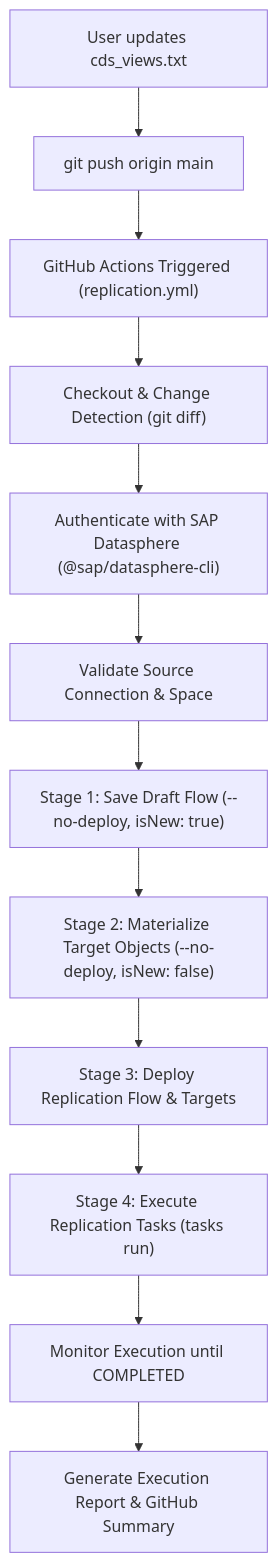
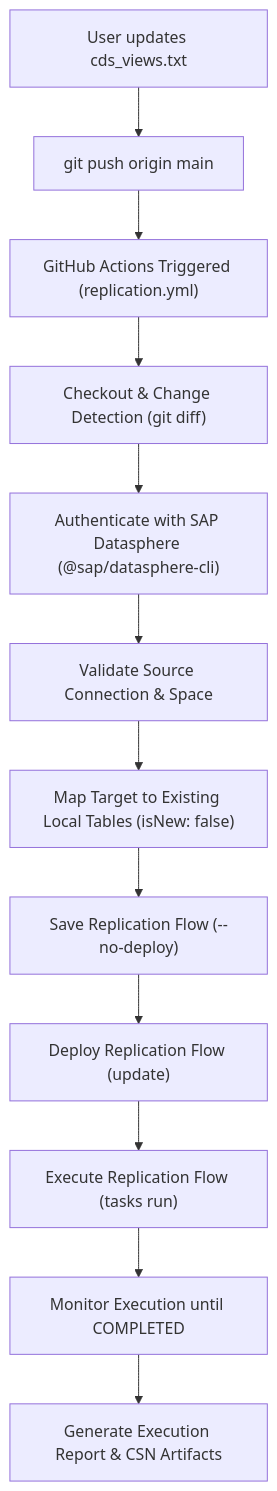
The diagram in README.md (abtvenkat/GitDS-RF), drawn with Mermaid before and after one commit. The commit also changed other lines of this file and 2 other files, not shown here.

````diff
--- a/README.md
+++ b/README.md
@@ -9,14 +9,14 @@
 ```mermaid
 flowchart TD
     A["User updates cds_views.txt"] --> B["git push origin main"]
     B --> C["GitHub Actions Triggered (replication.yml)"]
     C --> D["Checkout & Change Detection (git diff)"]
     D --> E["Authenticate with SAP Datasphere (@sap/datasphere-cli)"]
     E --> F["Validate Source Connection & Space"]
-    F --> G["Stage 1: Save Draft Flow (--no-deploy, isNew: true)"]
-    G --> H["Stage 2: Materialize Target Objects (--no-deploy, isNew: false)"]
-    H --> I["Stage 3: Deploy Replication Flow & Targets"]
-    I --> J["Stage 4: Execute Replication Tasks (tasks run)"]
+    F --> G["Map Target to Existing Local Tables (isNew: false)"]
+    G --> H["Save Replication Flow (--no-deploy)"]
+    H --> I["Deploy Replication Flow (update)"]
+    I --> J["Execute Replication Flow (tasks run)"]
     J --> K["Monitor Execution until COMPLETED"]
-    K --> L["Generate Execution Report & GitHub Summary"]
+    K --> L["Generate Execution Report & CSN Artifacts"]
 ```
````
